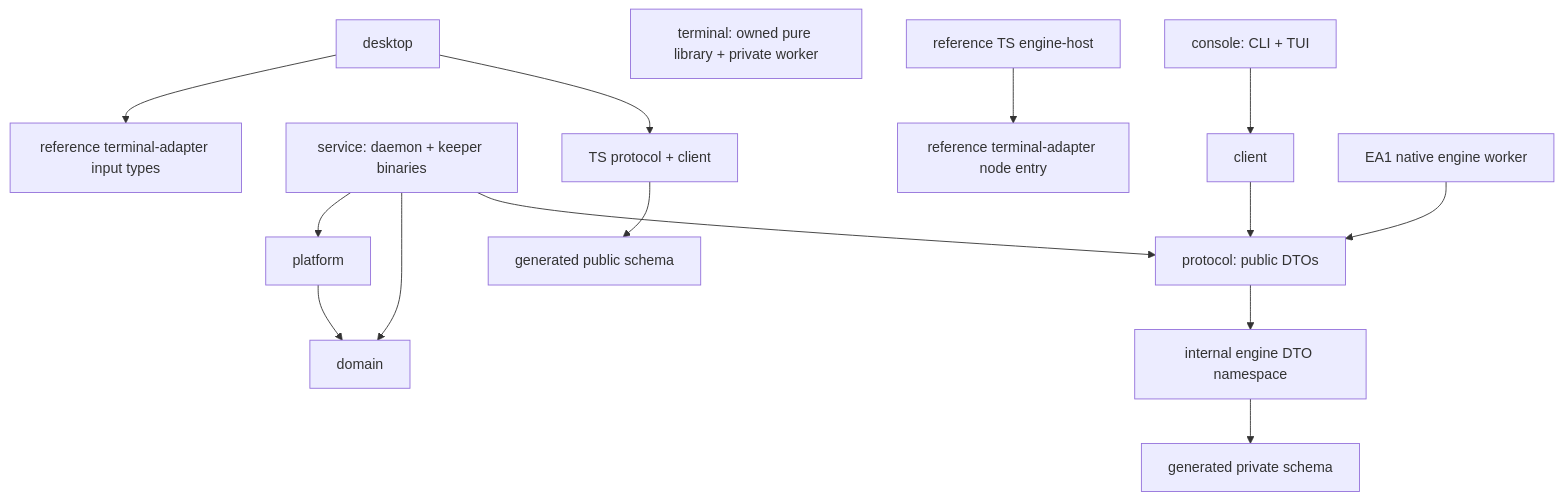
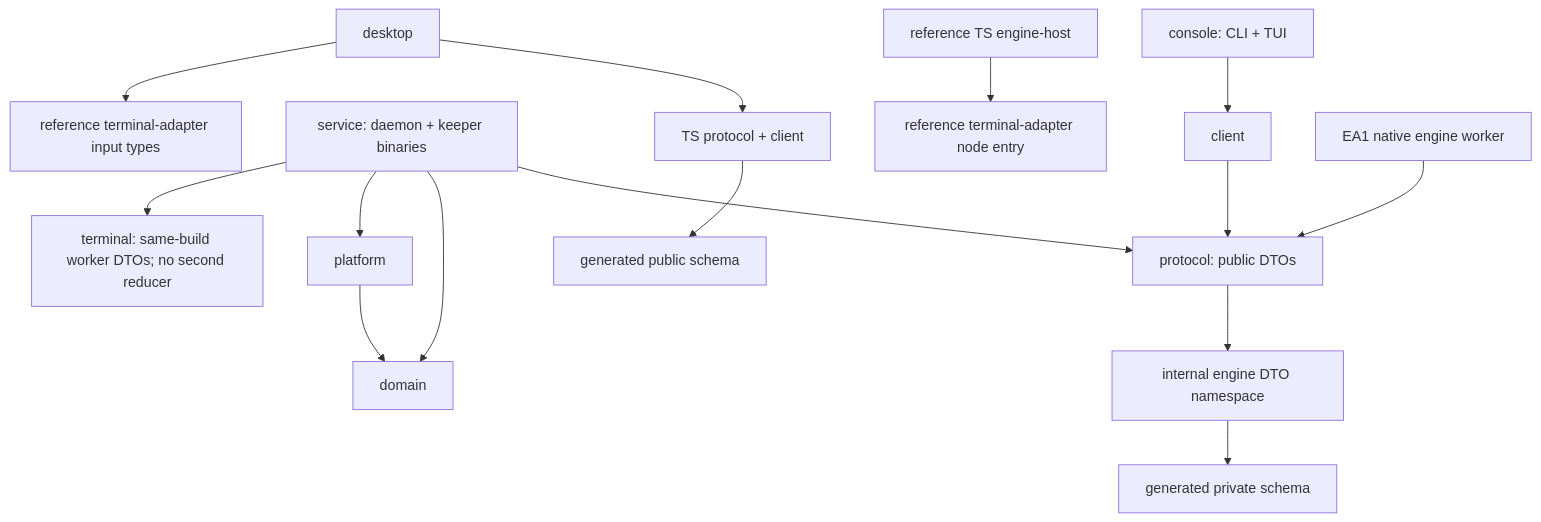
Before and after one commit to whoodes/namtab: the diagram in docs/engineering/14-repository-and-engineering-practices.md, drawn with Mermaid. The commit also changed other lines of this file and 16 other files, not shown here.

````diff
--- a/docs/engineering/14-repository-and-engineering-practices.md
+++ b/docs/engineering/14-repository-and-engineering-practices.md
@@ -65,17 +65,17 @@
 ```mermaid
 flowchart TD
     Console[console: CLI + TUI] --> Client[client]
     Client --> Wire[protocol: public DTOs]
     Service[service: daemon + keeper binaries] --> Wire
     Service --> Domain[domain]
     Service --> Platform[platform]
     Platform --> Domain
-    Terminal[terminal: owned pure library + private worker]
+    Service --> Terminal[terminal: same-build worker DTOs; no second reducer]
     Desktop[desktop] --> TSWire[TS protocol + client]
     Desktop --> Adapter[reference terminal-adapter input types]
     Engine[reference TS engine-host] --> AdapterNode[reference terminal-adapter node entry]
     Native[EA1 native engine worker] --> Wire
     Wire --> Private[internal engine DTO namespace]
     TSWire --> Schema[generated public schema]
     Private --> PrivateSchema[generated private schema]
 ```
````
